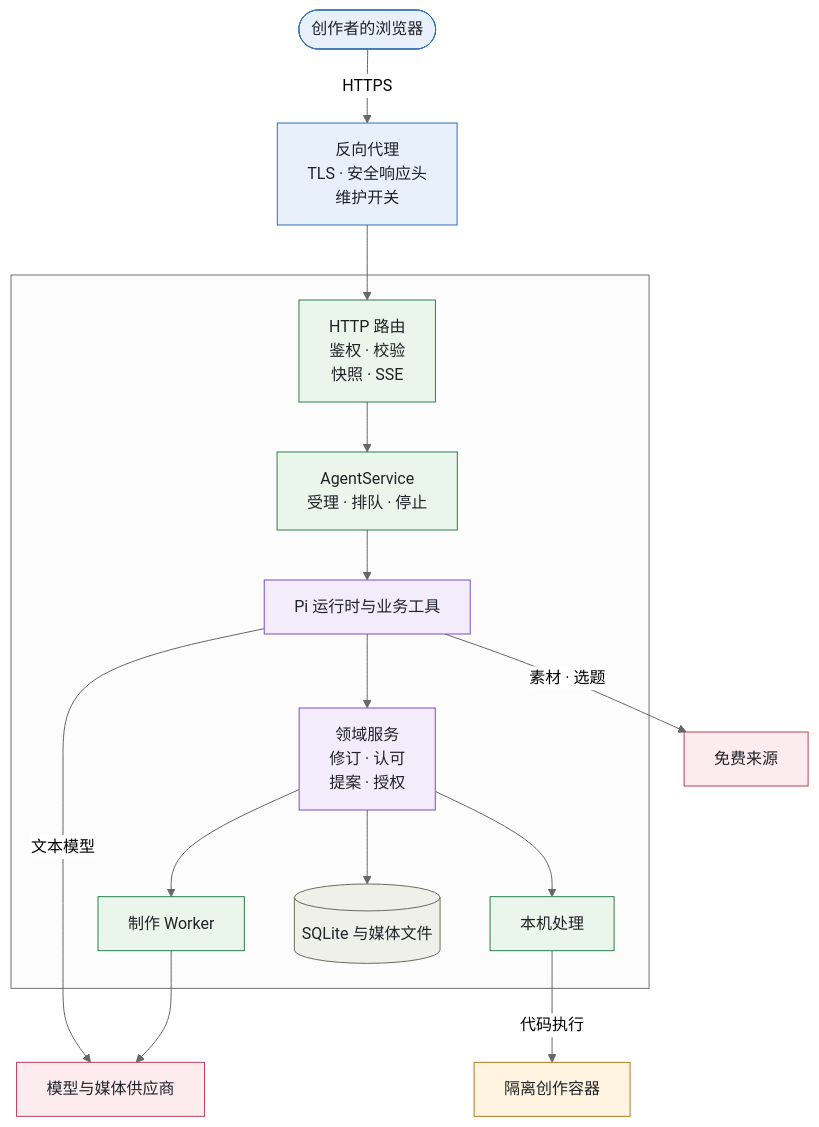
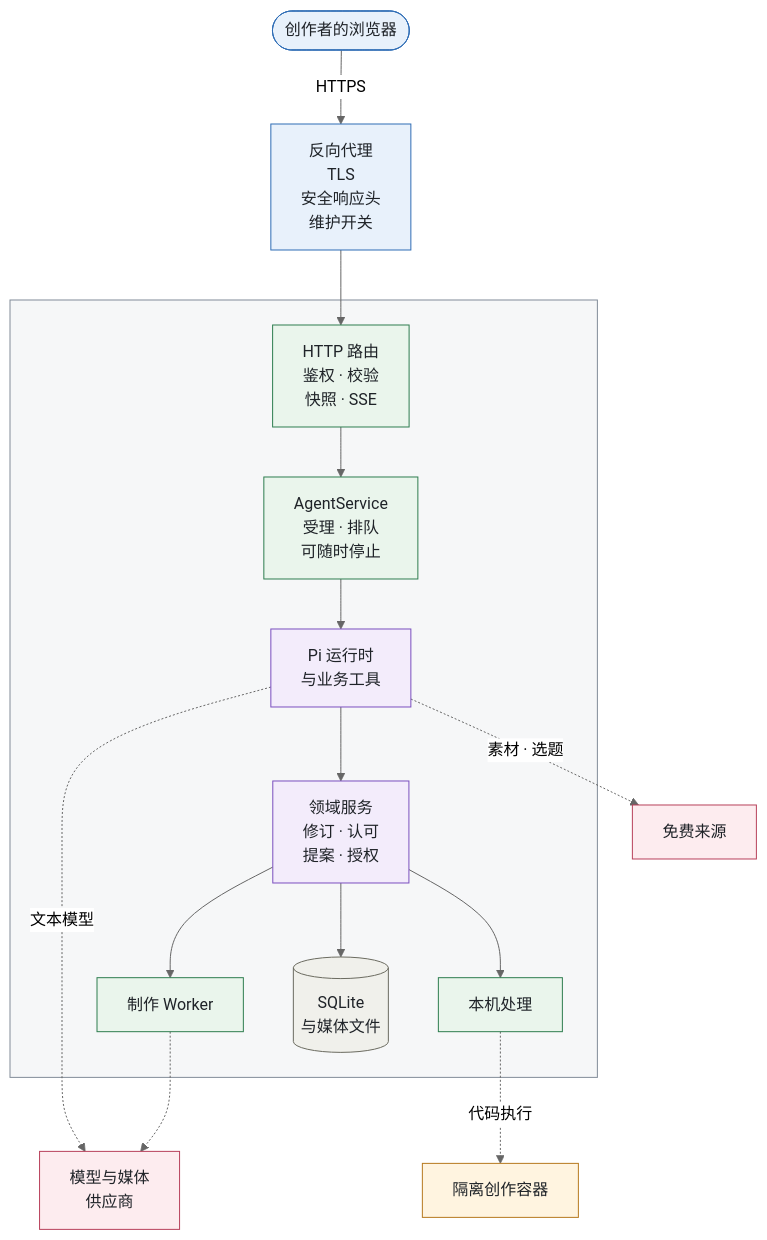
The second of 11 diagrams in README.md (yaoziyaoguai/video-factory), drawn with Mermaid (neutral theme) before and after one commit. The commit also changed other lines of this file, not shown here.

First line of the commit message:
docs(readme): make the Mermaid diagrams render cleanly on GitHub [skip ci]

````diff
--- a/README.md
+++ b/README.md
@@ -81,38 +81,43 @@
 ```mermaid
 flowchart TB
-  USER(["创作者的浏览器"]) -->|"HTTPS"| PROXY["反向代理<br/>TLS · 安全响应头<br/>维护开关"]
+  USER(["创作者的浏览器"]) -->|"HTTPS"| PROXY["反向代理<br/>TLS<br/>安全响应头<br/>维护开关"]
 
   subgraph APP[" "]
     ROUTES["HTTP 路由<br/>鉴权 · 校验<br/>快照 · SSE"]
-    SERVICE["AgentService<br/>受理 · 排队 · 停止"]
-    RUNTIME["Pi 运行时与业务工具"]
+    SERVICE["AgentService<br/>受理 · 排队<br/>可随时停止"]
+    RUNTIME["Pi 运行时<br/>与业务工具"]
     DOMAIN["领域服务<br/>修订 · 认可<br/>提案 · 授权"]
     WORKER["制作 Worker"]
     LOCAL["本机处理"]
-    STORAGE[("SQLite 与媒体文件")]
+    STORAGE[("SQLite<br/>与媒体文件")]
   end
 
   PROXY --> ROUTES
   ROUTES --> SERVICE --> RUNTIME --> DOMAIN
   DOMAIN --> WORKER
   DOMAIN --> LOCAL
   DOMAIN --> STORAGE
 
-  RUNTIME -->|"文本模型"| VENDORS["模型与媒体供应商"]
-  WORKER --> VENDORS
-  RUNTIME -->|"素材 · 选题"| FREE["免费来源"]
-  LOCAL -->|"代码执行"| SANDBOX["隔离创作容器"]
+  RUNTIME -.->|"文本模型"| VENDORS["模型与媒体<br/>供应商"]
+  WORKER -.-> VENDORS
+  RUNTIME -.->|"素材 · 选题"| FREE["免费来源"]
+  LOCAL -.->|"代码执行"| SANDBOX["隔离创作容器"]
+
+  %% PAD 是不可见的占位节点，让右下角留白：GitHub 会把缩放按钮叠放在图的右下角
+  FREE ~~~ PAD[" "]
+  style PAD fill:none,stroke:none
+  style APP fill:#818B9812,stroke:#818B98
 
   classDef cUser fill:#E8F1FB,stroke:#2F6DB5,color:#1F2328
   classDef cSvc fill:#EAF5EC,stroke:#2E7D4F,color:#1F2328
   classDef cAgent fill:#F3ECFB,stroke:#7A4FBF,color:#1F2328
   classDef cData fill:#F0F0EB,stroke:#6B6B60,color:#1F2328
   classDef cExt fill:#FDECEF,stroke:#B8405A,color:#1F2328
   classDef cBox fill:#FFF4E0,stroke:#B7791F,color:#1F2328
   class USER,PROXY cUser
   class ROUTES,SERVICE,WORKER,LOCAL cSvc
   class RUNTIME,DOMAIN cAgent
   class STORAGE cData
   class VENDORS,FREE cExt
   class SANDBOX cBox
 ```
````
